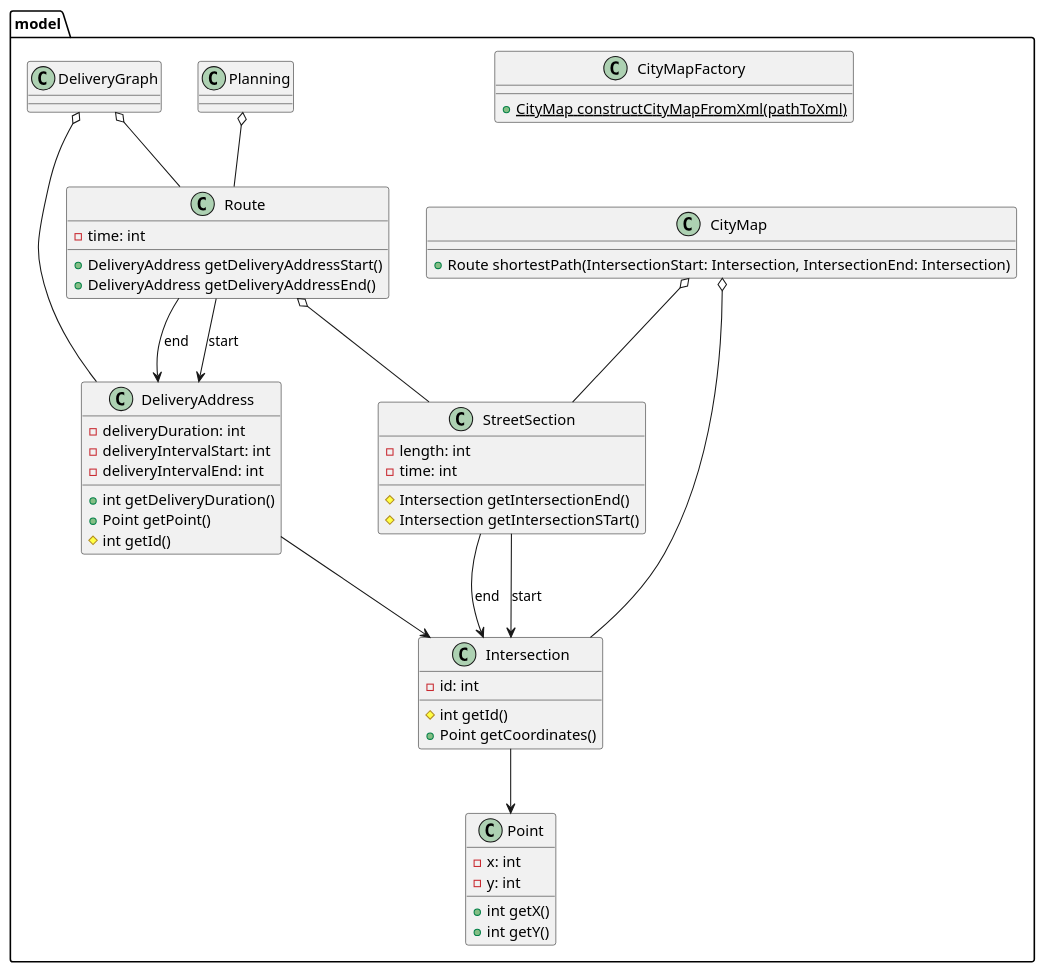
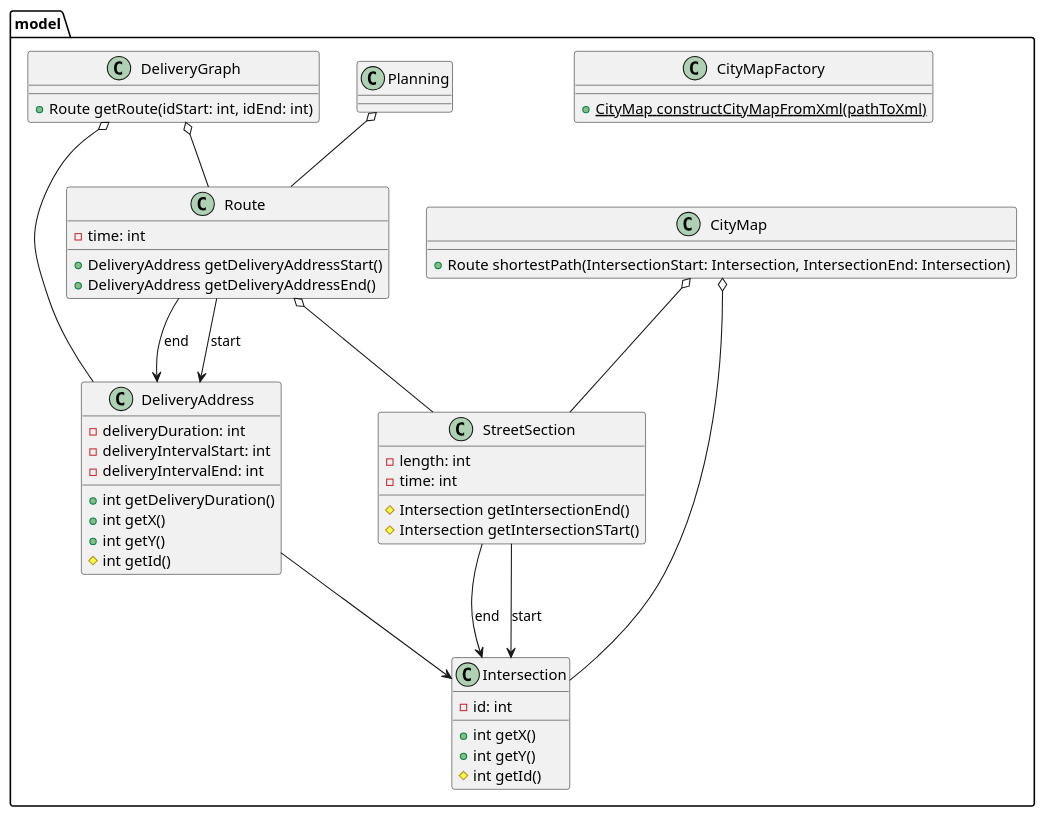
One commit to if-h4102/pld-agile changed the diagram in docs/uml/package.model.puml. Above: the diagram before and after it, drawn with PlantUML. The commit also changed 5 other files, not shown here.

```diff
--- a/docs/uml/package.model.puml
+++ b/docs/uml/package.model.puml
@@ -1,71 +1,65 @@
 @startuml
 
 package model {
     class CityMapFactory {
         +{static} CityMap constructCityMapFromXml(pathToXml)
     }
 
     class CityMap {
        +Route shortestPath(IntersectionStart: Intersection, IntersectionEnd: Intersection)
     }
 
     class StreetSection {
         -length: int
         -time: int
         #Intersection getIntersectionEnd()
         #Intersection getIntersectionSTart()
     }
 
     class Intersection {
         -id: int
-        #int getId()
-        +Point getCoordinates()
-    }
-
-    class Point {
-        -x: int
-        -y: int
         +int getX()
         +int getY()
+        #int getId()
     }
 
     class DeliveryAddress {
         -deliveryDuration: int
         -deliveryIntervalStart: int
         -deliveryIntervalEnd: int
 
         +int getDeliveryDuration()
-        +Point getPoint()
+        +int getX()
+        +int getY()
         #int getId()
     }
 
     class Planning {
-
     }
 
     class Route {
         -time: int
         +DeliveryAddress getDeliveryAddressStart()
         +DeliveryAddress getDeliveryAddressEnd()
     }
 
     class DeliveryGraph {
+        +Route getRoute(idStart: int, idEnd: int)
     }
 
     CityMap o-- StreetSection
     CityMap o-- Intersection
-    Intersection --> Point
     DeliveryAddress --> Intersection
     StreetSection --> Intersection : end
     StreetSection --> Intersection : start
     Route o-- StreetSection
     Route --> DeliveryAddress : end
     Route --> DeliveryAddress : start
     DeliveryGraph o-- DeliveryAddress
     DeliveryGraph o-- Route
     Planning o-- Route
 }
 
 
 
 @enduml
```
